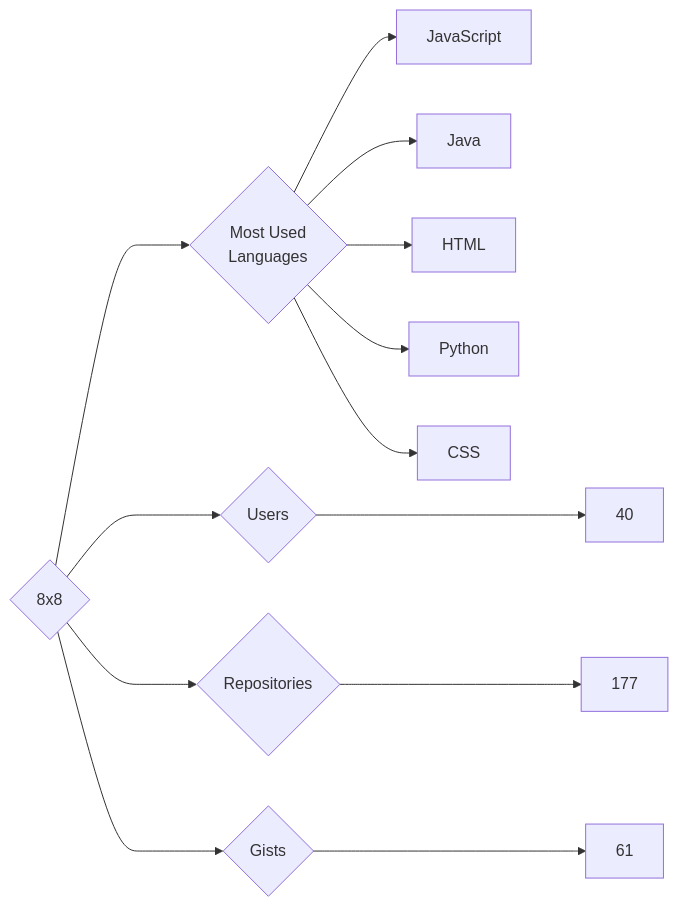
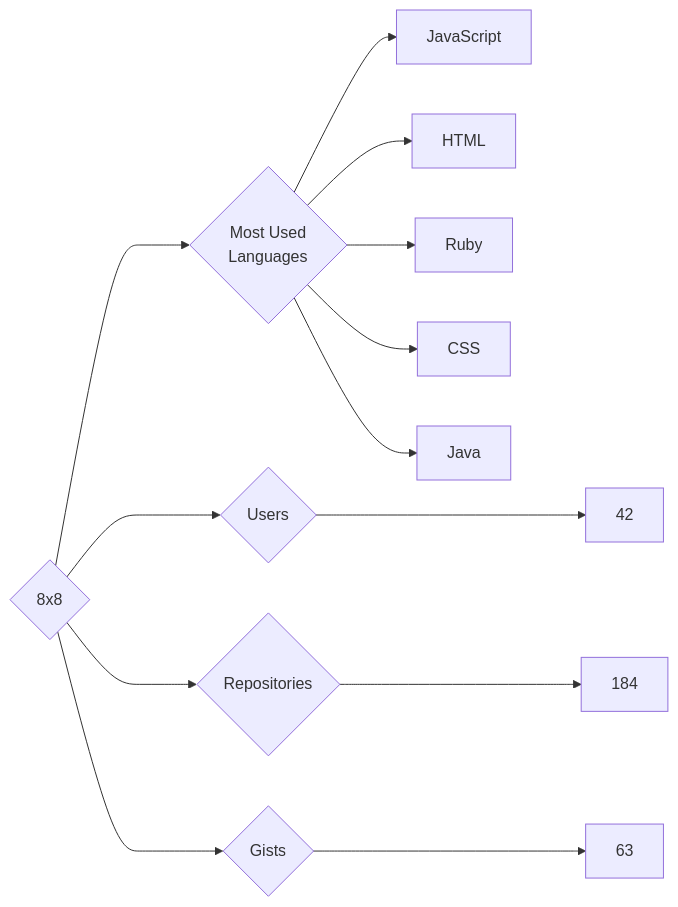
The diagram in targets/8x8/README.md (trickest/insiders), drawn with Mermaid before and after one commit. The commit also changed 718 other files, not shown here.

````diff
--- a/targets/8x8/README.md
+++ b/targets/8x8/README.md
@@ -3,13 +3,13 @@
 ```mermaid
 graph LR
 COMPANY_NAME{8x8}
-COMPANY_NAME ---> U{Users} ---> UN[40]
-COMPANY_NAME ---> R{Repositories} ---> RN[177]
-COMPANY_NAME ---> G{Gists} ---> GN[61]
+COMPANY_NAME ---> U{Users} ---> UN[42]
+COMPANY_NAME ---> R{Repositories} ---> RN[184]
+COMPANY_NAME ---> G{Gists} ---> GN[63]
 COMPANY_NAME ---> ML{Most Used<br>Languages}
 ML --> JavaScript[JavaScript]
+ML --> HTML[HTML]
+ML --> Ruby[Ruby]
+ML --> CSS[CSS]
 ML --> Java[Java]
-ML --> HTML[HTML]
-ML --> Python[Python]
-ML --> CSS[CSS]
 ```
````
